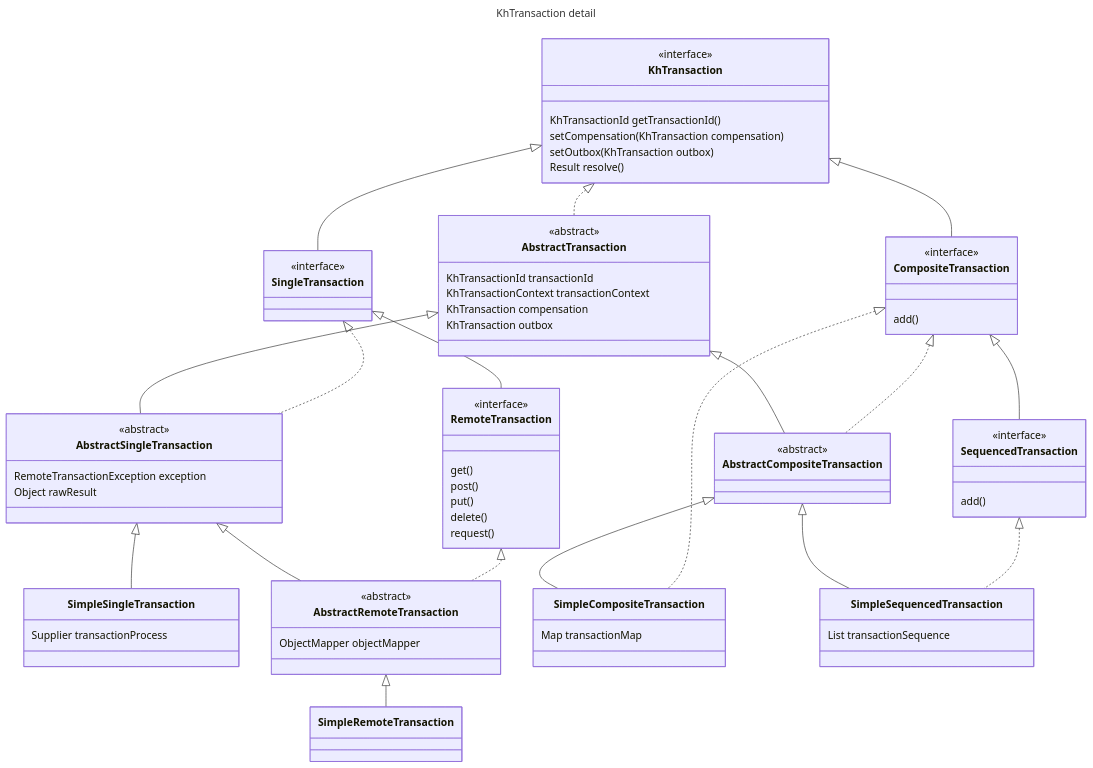
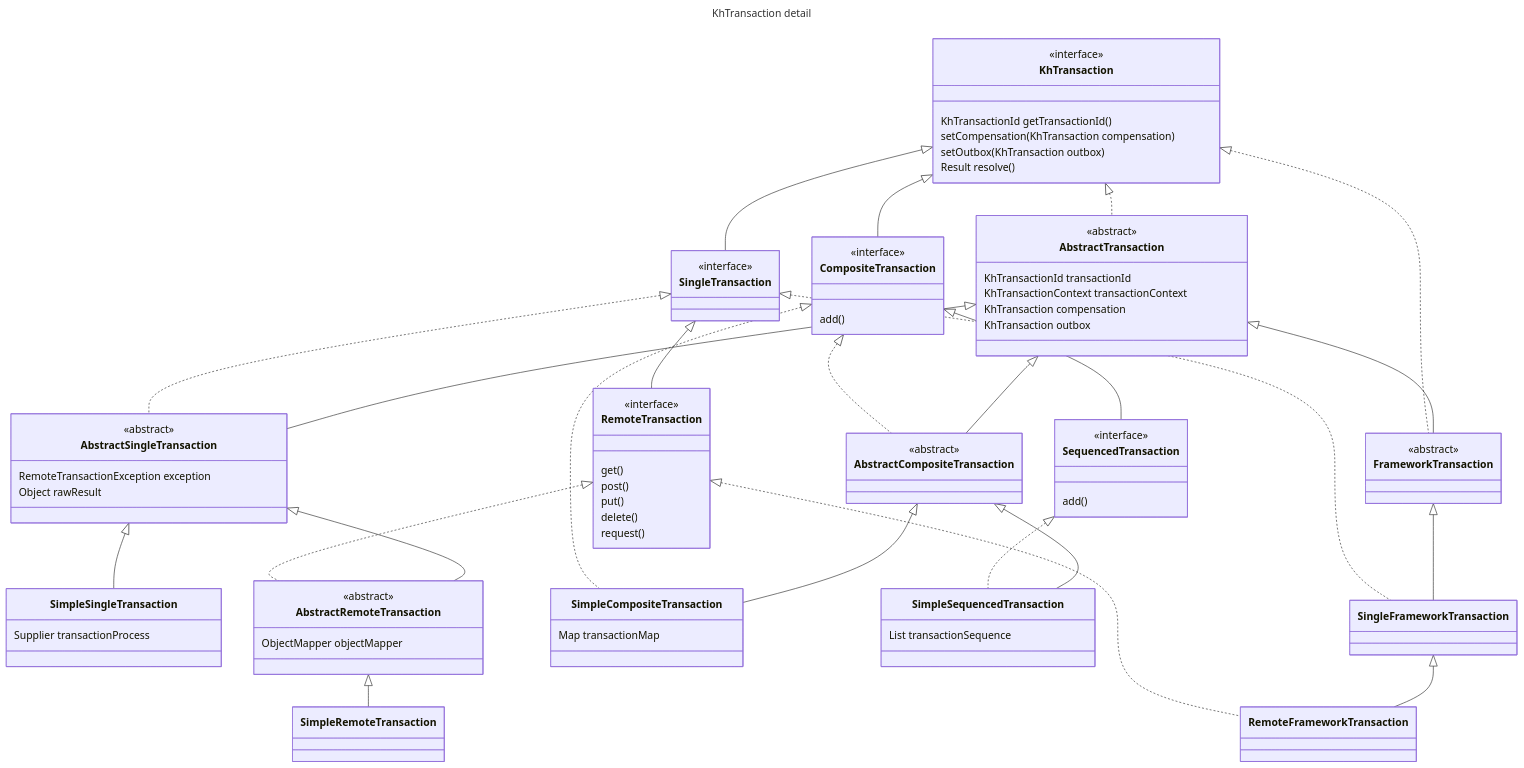
The fifth of 6 diagrams in README.md (keyhub-projects/distributed-transaction-kit), drawn with Mermaid before and after one commit. The commit also changed other lines of this file and 1 other file, not shown here.

Commit message:
Enhance README.md with detailed documentation on KhTransaction features and flows; refactor SingleFrameworkTransactionTest to improve structure and clarity. Added examples for compensation and outbox transactions, and updated class diagrams to reflect recent changes in transaction management.

````diff
--- a/README.md
+++ b/README.md
@@ -180,4 +238,23 @@
     }
     SequencedTransaction <|.. SimpleSequencedTransaction
     AbstractCompositeTransaction <|-- SimpleSequencedTransaction
+    
+    
+    
+    
+    class FrameworkTransaction{
+    }
+    <<abstract>> FrameworkTransaction
+    KhTransaction <|.. FrameworkTransaction
+    AbstractTransaction <|-- FrameworkTransaction
+    
+    class SingleFrameworkTransaction{
+    }
+    SingleTransaction <|.. SingleFrameworkTransaction
+    FrameworkTransaction <|-- SingleFrameworkTransaction
+    
+    class RemoteFrameworkTransaction{
+    }
+    RemoteTransaction <|.. RemoteFrameworkTransaction
+    SingleFrameworkTransaction <|-- RemoteFrameworkTransaction
 ```
````
